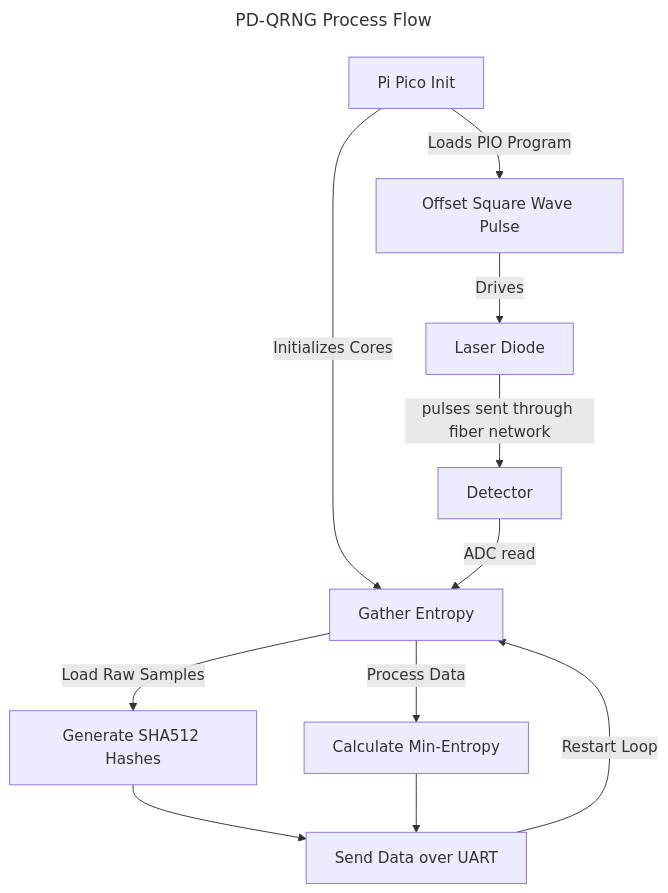
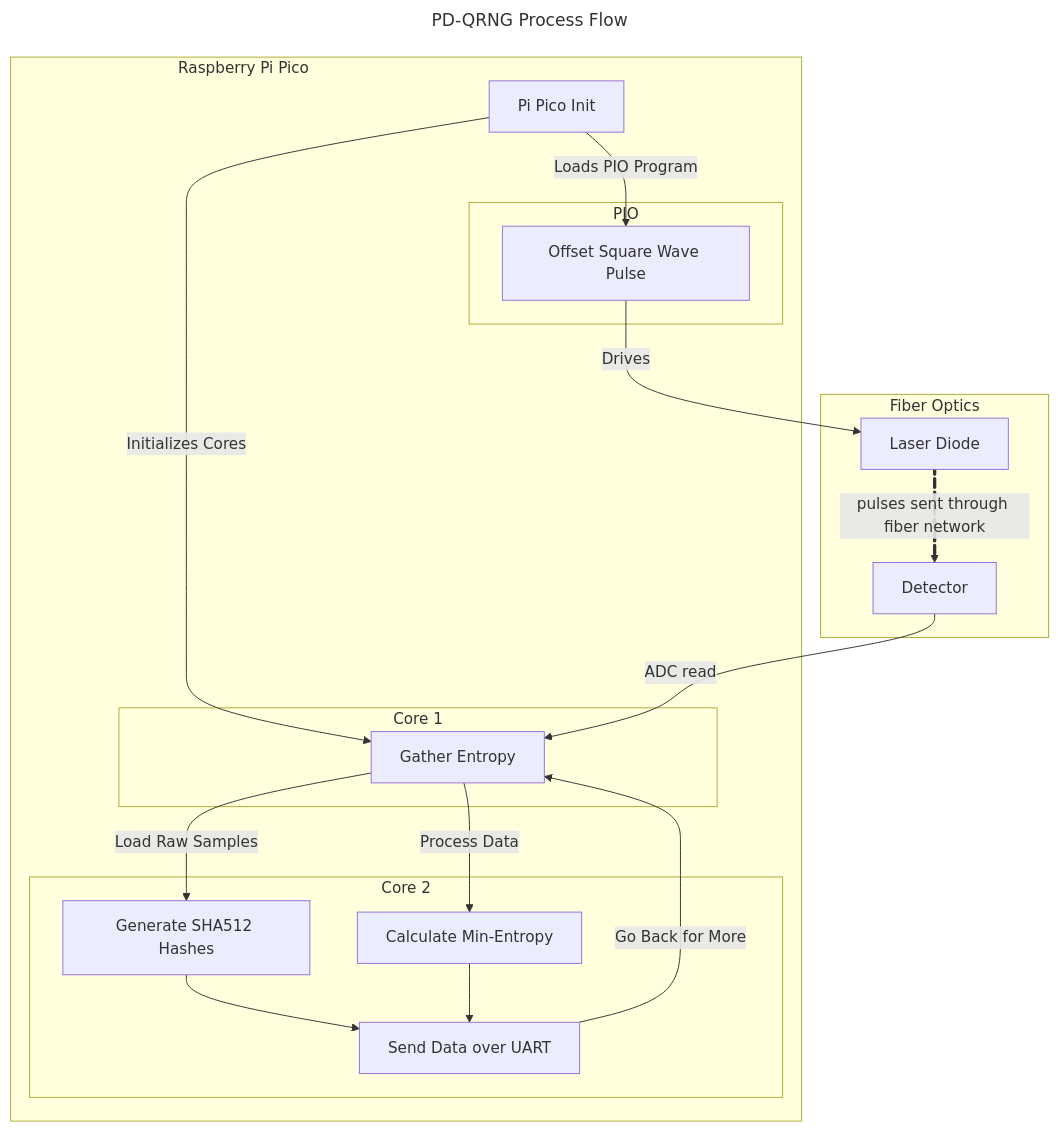
The diagram in README.md (QuantumVillage/FiberRanger), drawn with Mermaid before and after one commit.

Commit message:
added flow charts

````diff
--- a/README.md
+++ b/README.md
@@ -9,17 +9,37 @@
 ```mermaid
 ---
 title: PD-QRNG Process Flow
 ---
 
 flowchart TD
-    A[Offset Square Wave Pulse] -->|Drives| L[Laser Diode]
-    L -->|pulses sent through fiber network| D[Detector]
-    I[Pi Pico Init] -->|Initializes Cores| G[Gather Entropy]
+    subgraph Fiber Optics
+    L[Laser Diode]
+    D[Detector]
+    end
+    subgraph R[<div style="width:30em; height:8em; display:flex; justify-content: flex-start;">Raspberry Pi Pico</div>]
+        I[Pi Pico Init]
+        subgraph PIO
+        A[Offset Square Wave Pulse]
+        end
+        subgraph Core 1
+        G[Gather Entropy]
+        end
+        subgraph Core 2
+        M[Calculate Min-Entropy]
+        S[Generate SHA512 Hashes]
+        U[Send Data over UART]
+        end
+    end
+    I -->|Initializes Cores| G[Gather Entropy]
     I -->|Loads PIO Program| A
     D -->|ADC read| G
-    G -->|Process Data| M[Calculate Min-Entropy]
-    G -->|Load Raw Samples| S[Generate SHA512 Hashes]
-    S --> U[Send Data over UART]
+    G -->|Process Data| M
+    G -->|Load Raw Samples| S
+    S --> U
     M --> U
-    U -->|Restart Loop| G
+    U -->|Go Back for More| G
+    A  -->|Drives| L
+    L e1@==>|pulses sent through fiber network| D
+    e1@{ animate: true }
+
 ```
````
